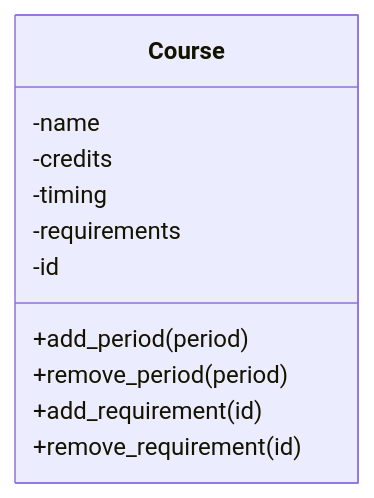
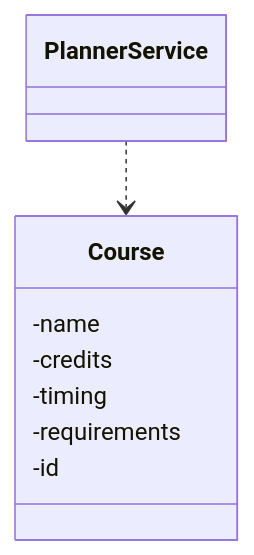
One commit to TheJiahao/ohte-harjoitustyo changed the diagram in dokumentaatio/arkkitehtuuri.md. Above: the diagram before and after it, drawn with Mermaid. The commit also changed other lines of this file and 3 other files, not shown here.

````diff
--- a/dokumentaatio/arkkitehtuuri.md
+++ b/dokumentaatio/arkkitehtuuri.md
@@ -7,15 +7,12 @@
 ```mermaid
 classDiagram
+    PlannerService ..> Course
+    
     class Course {
         -name
         -credits
         -timing
         -requirements
         -id
-        
-        +add_period(period)
-        +remove_period(period)
-        +add_requirement(id)
-        +remove_requirement(id)
     }
 ```
````
